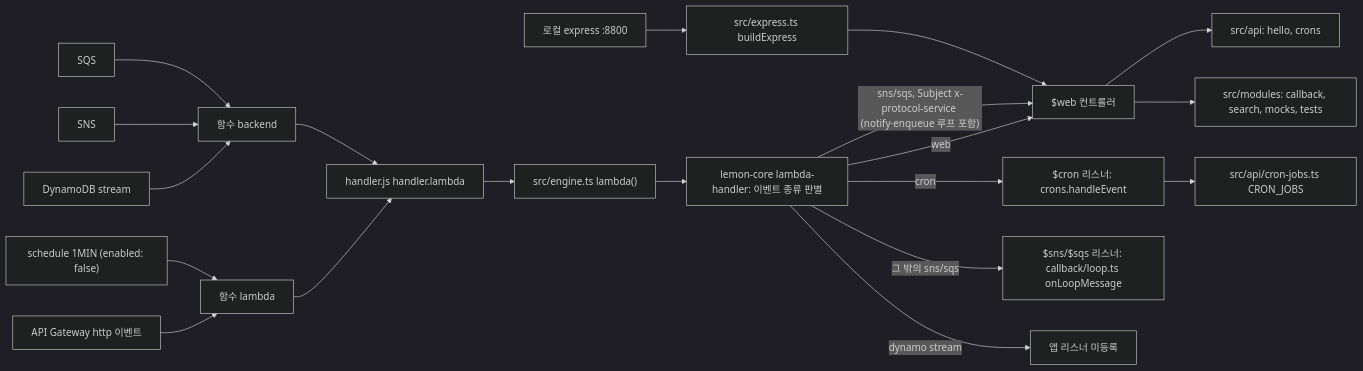
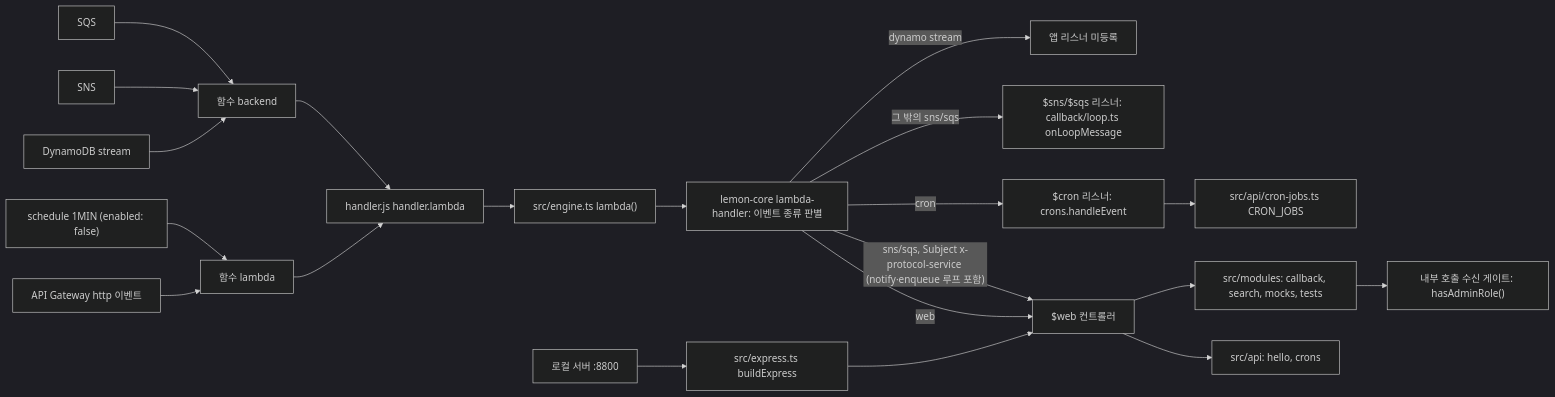
Before and after one commit to lemoncloud-io/lemon-templates-api: the diagram in README.md, drawn with Mermaid (dark theme). The commit also changed other lines of this file, not shown here.

````diff
--- a/README.md
+++ b/README.md
@@ -56,22 +50,23 @@
 ```mermaid
 flowchart LR
     APIGW["API Gateway http 이벤트"] --> FL["함수 lambda"]
     SCH["schedule 1MIN (enabled: false)"] --> FL
     DDB["DynamoDB stream"] --> FB["함수 backend"]
     SNS["SNS"] --> FB
     SQS["SQS"] --> FB
     FL --> H["handler.js handler.lambda"]
     FB --> H
     H --> ENG["src/engine.ts lambda()"]
     ENG --> LC["lemon-core lambda-handler: 이벤트 종류 판별"]
     LC -- "web" --> WEB["$web 컨트롤러"]
     LC -- "sns/sqs, Subject x-protocol-service (notify·enqueue 루프 포함)" --> WEB
     LC -- "cron" --> CRON["$cron 리스너: crons.handleEvent"]
     CRON --> JOBS["src/api/cron-jobs.ts CRON_JOBS"]
     LC -- "그 밖의 sns/sqs" --> LOOP["$sns/$sqs 리스너: callback/loop.ts onLoopMessage"]
     LC -- "dynamo stream" --> NONE["앱 리스너 미등록"]
-    LOCAL["로컬 express :8800"] --> EXP["src/express.ts buildExpress"]
+    LOCAL["로컬 서버 :8800"] --> EXP["src/express.ts buildExpress"]
     EXP --> WEB
     WEB --> API["src/api: hello, crons"]
     WEB --> MOD["src/modules: callback, search, mocks, tests"]
+    MOD --> GATE["내부 호출 수신 게이트: hasAdminRole()"]
 ```
````
